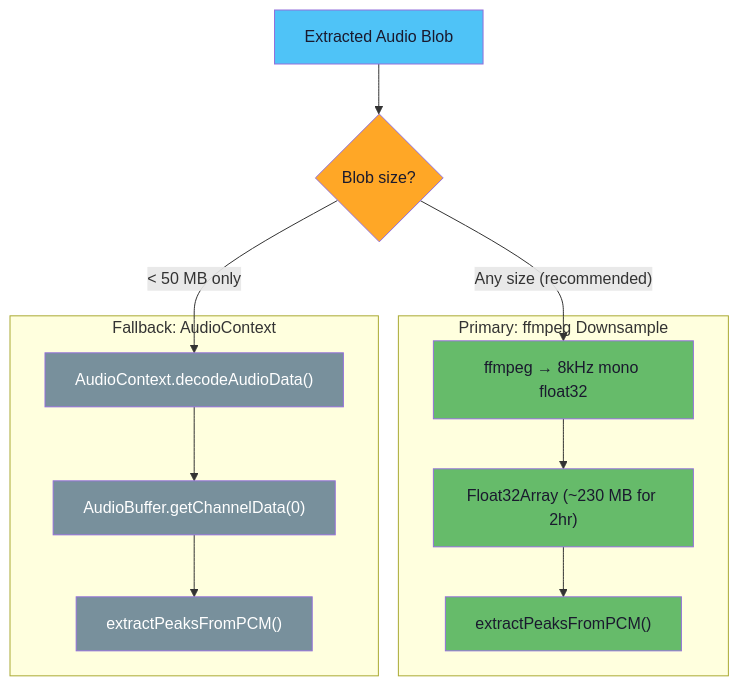
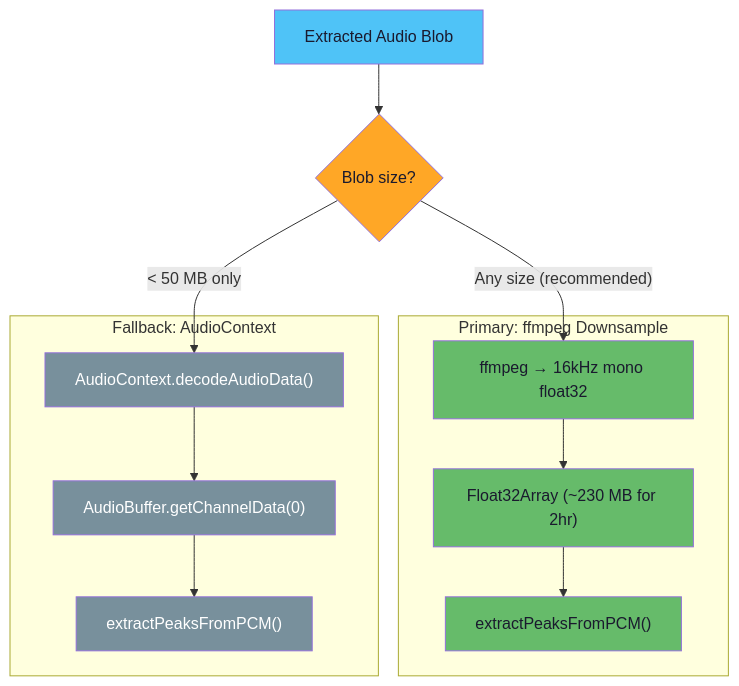
The second of 4 diagrams in docs/waveform.md (gjovanov/audio-waveform), drawn with Mermaid before and after one commit. The commit also changed other lines of this file and 6 other files, not shown here.

````diff
--- a/docs/waveform.md
+++ b/docs/waveform.md
@@ -32,30 +32,30 @@
 ```mermaid
 graph TD
     AUDIO["Extracted Audio Blob"]
     SIZE{"Blob size?"}
 
     subgraph Primary["Primary: ffmpeg Downsample"]
-        DS["ffmpeg → 8kHz mono float32"]
+        DS["ffmpeg → 16kHz mono float32"]
         PCM["Float32Array (~230 MB for 2hr)"]
         PK1["extractPeaksFromPCM()"]
     end
 
     subgraph Fallback["Fallback: AudioContext"]
         DEC["AudioContext.decodeAudioData()"]
         BUF["AudioBuffer.getChannelData(0)"]
         PK2["extractPeaksFromPCM()"]
     end
 
     AUDIO --> SIZE
     SIZE -->|"Any size (recommended)"| DS --> PCM --> PK1
     SIZE -->|"< 50 MB only"| DEC --> BUF --> PK2
 
     style AUDIO fill:#4fc3f7,color:#1a1a2e
     style SIZE fill:#ffa726,color:#1a1a2e
     style DS fill:#66bb6a,color:#1a1a2e
     style PCM fill:#66bb6a,color:#1a1a2e
     style PK1 fill:#66bb6a,color:#1a1a2e
     style DEC fill:#78909c,color:#fff
     style BUF fill:#78909c,color:#fff
     style PK2 fill:#78909c,color:#fff
 ```
````
